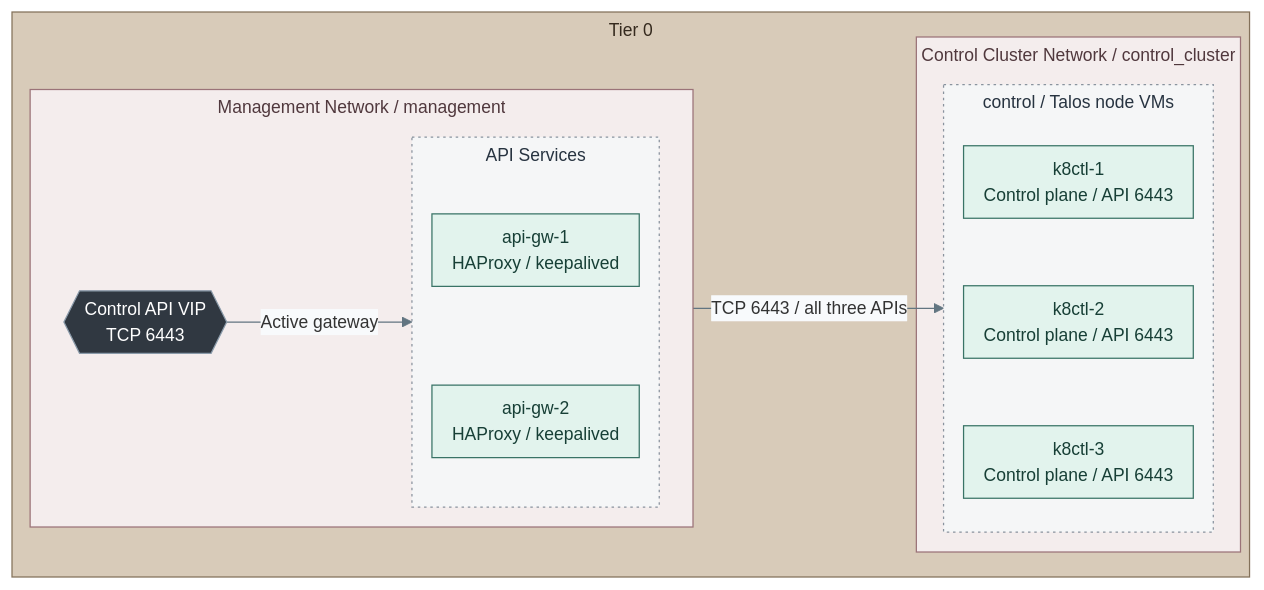
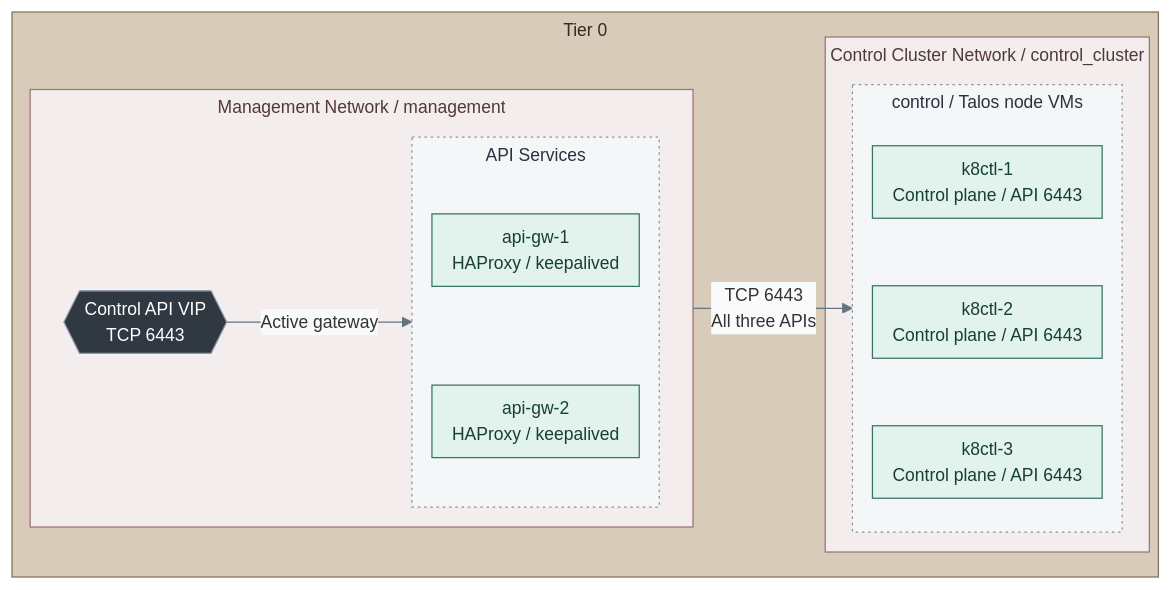
The diagram in docs/05-operations/01-hosting/kubernetes-and-labs.md (Rexus/homelab), drawn with Mermaid before and after one commit. The commit also changed other lines of this file and 352 other files, not shown here.

````diff
--- a/docs/05-operations/01-hosting/kubernetes-and-labs.md
+++ b/docs/05-operations/01-hosting/kubernetes-and-labs.md
@@ -8,41 +8,41 @@
 ```mermaid
 %%{init: {"theme":"base","flowchart":{"nodeSpacing":12,"rankSpacing":4,"padding":8,"subGraphTitleMargin":{"top":4,"bottom":18}},"themeVariables":{"lineColor":"#627581","edgeLabelBackground":"#f8fafc","fontFamily":"Arial, sans-serif","fontSize":"14px"},"fontFamily":"Arial, sans-serif"}}%%
 flowchart LR
   subgraph T0["Tier 0"]
     direction LR
     subgraph Management["Management Network / management"]
       direction LR
       VIP{{"Control API VIP<br/>TCP 6443"}}
       subgraph Gateways["API Services"]
         direction TB
         G1["api-gw-1<br/>HAProxy / keepalived"]
         G2["api-gw-2<br/>HAProxy / keepalived"]
         G1 ~~~ G2
       end
     end
     subgraph Control["Control Cluster Network / control_cluster"]
       subgraph Nodes["control / Talos node VMs"]
         direction TB
         CP1["k8ctl-1<br/>Control plane / API 6443"]
         CP2["k8ctl-2<br/>Control plane / API 6443"]
         CP3["k8ctl-3<br/>Control plane / API 6443"]
         CP1 ~~~ CP2 ~~~ CP3
       end
     end
     VIP -->|Active gateway| Gateways
-    Gateways -->|TCP 6443 / all three APIs| Nodes
+    Gateways -->|TCP 6443<br/>All three APIs| Nodes
   end
   classDef default fill:#f8fafc,stroke:#64748b,color:#1f2937
   classDef control fill:#e2f3ed,stroke:#397366,color:#173f36
   classDef runtime fill:#d9eeec,stroke:#4d7b77,color:#173f3e
   classDef replicas fill:#f5f6f7,stroke:#89939e,color:#273340,stroke-dasharray:2 3
   class G1,G2,CP1,CP2,CP3 control
   classDef traffic fill:#303841,stroke:#8a9baa,color:#ffffff
   class VIP traffic
   classDef zoneControl fill:#c9e0d5,stroke:#397366,color:#173f36
   class Gateways,Nodes replicas
   classDef tier0 fill:#d8cbb9,stroke:#83715a,color:#352a1e
   class T0 tier0
   classDef network fill:#f4eded,stroke:#9b7378,color:#50383d
   class Management,Control network
 ```
````
